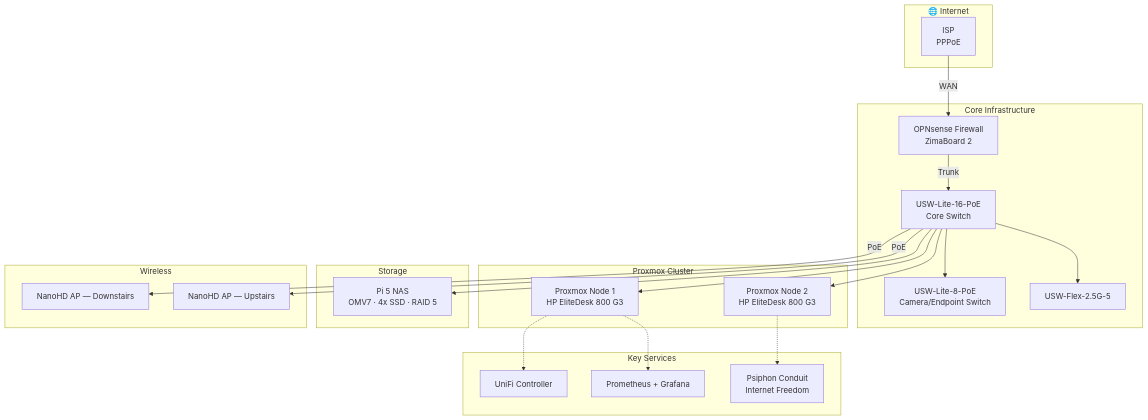
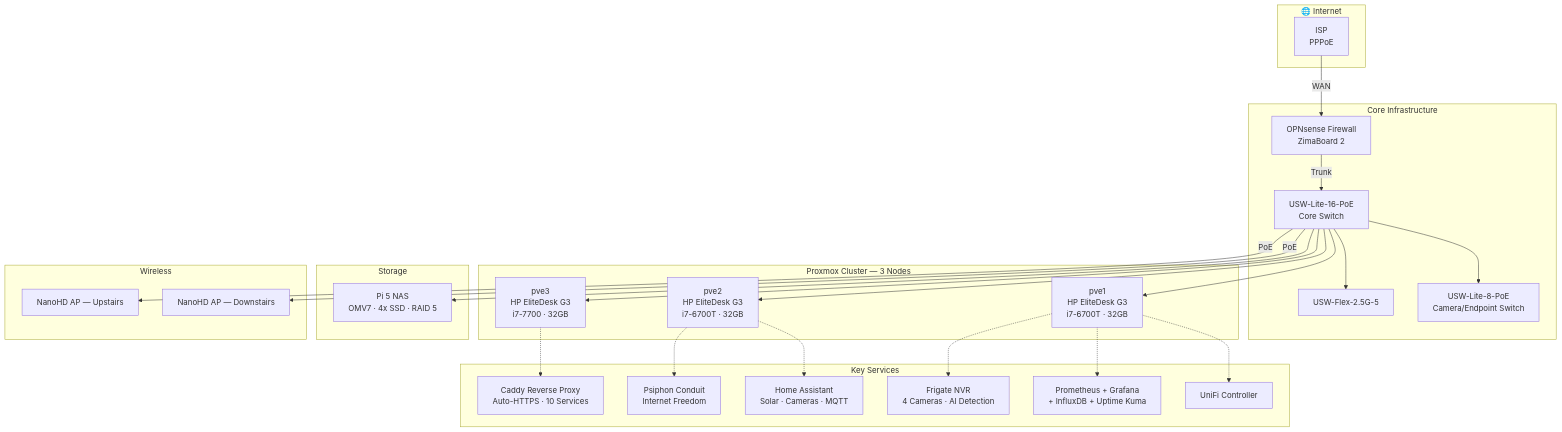
One commit to sohrabros/homelab changed the diagram in README.md. Above: the diagram before and after it, drawn with Mermaid. The commit also changed other lines of this file and 2 other files, not shown here.

Commit message:
docs: update README, Proxmox (3-node), Frigate (v0.16.4 operational)

````diff
--- a/README.md
+++ b/README.md
@@ -18,46 +18,54 @@
 ```mermaid
 graph TB
     subgraph INTERNET["🌐 Internet"]
         ISP["ISP<br/>PPPoE"]
     end
 
     subgraph CORE["Core Infrastructure"]
         FW["OPNsense Firewall<br/>ZimaBoard 2"]
         SW16["USW-Lite-16-PoE<br/>Core Switch"]
         SW8["USW-Lite-8-PoE<br/>Camera/Endpoint Switch"]
         FLEX["USW-Flex-2.5G-5"]
     end
 
-    subgraph COMPUTE["Proxmox Cluster"]
-        PVE1["Proxmox Node 1<br/>HP EliteDesk 800 G3"]
-        PVE2["Proxmox Node 2<br/>HP EliteDesk 800 G3"]
+    subgraph COMPUTE["Proxmox Cluster — 3 Nodes"]
+        PVE1["pve1<br/>HP EliteDesk G3<br/>i7-6700T · 32GB"]
+        PVE2["pve2<br/>HP EliteDesk G3<br/>i7-6700T · 32GB"]
+        PVE3["pve3<br/>HP EliteDesk G3<br/>i7-7700 · 32GB"]
     end
 
     subgraph STORAGE["Storage"]
         NAS["Pi 5 NAS<br/>OMV7 · 4x SSD · RAID 5"]
     end
 
     subgraph WIRELESS["Wireless"]
         AP1["NanoHD AP — Downstairs"]
         AP2["NanoHD AP — Upstairs"]
     end
 
     subgraph SERVICES["Key Services"]
         UNIFI["UniFi Controller"]
-        MON["Prometheus + Grafana"]
+        MON["Prometheus + Grafana<br/>+ InfluxDB + Uptime Kuma"]
         CONDUIT["Psiphon Conduit<br/>Internet Freedom"]
+        FRIGATE["Frigate NVR<br/>4 Cameras · AI Detection"]
+        HA["Home Assistant<br/>Solar · Cameras · MQTT"]
+        CADDY["Caddy Reverse Proxy<br/>Auto-HTTPS · 10 Services"]
     end
 
     ISP -->|"WAN"| FW
     FW -->|"Trunk"| SW16
     SW16 --> SW8
     SW16 --> FLEX
     SW16 --> PVE1
     SW16 --> PVE2
+    SW16 --> PVE3
     SW16 --> NAS
     SW16 -->|"PoE"| AP1
     SW16 -->|"PoE"| AP2
     PVE1 -.-> UNIFI
     PVE1 -.-> MON
+    PVE1 -.-> FRIGATE
+    PVE2 -.-> HA
     PVE2 -.-> CONDUIT
+    PVE3 -.-> CADDY
 ```
````
